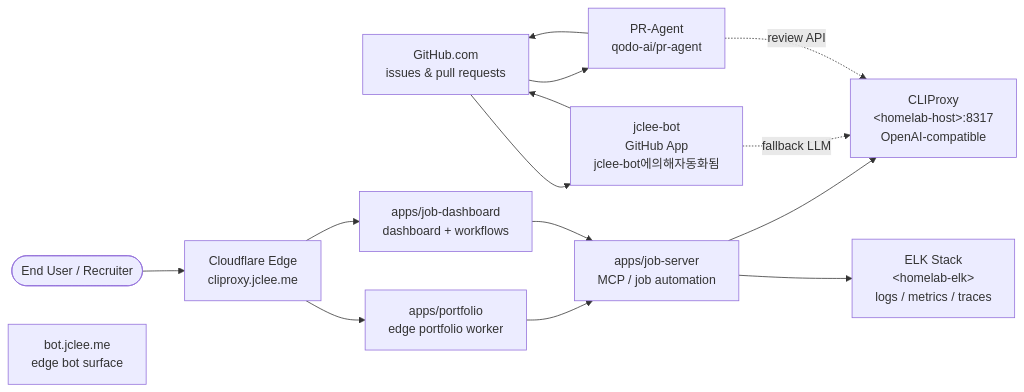
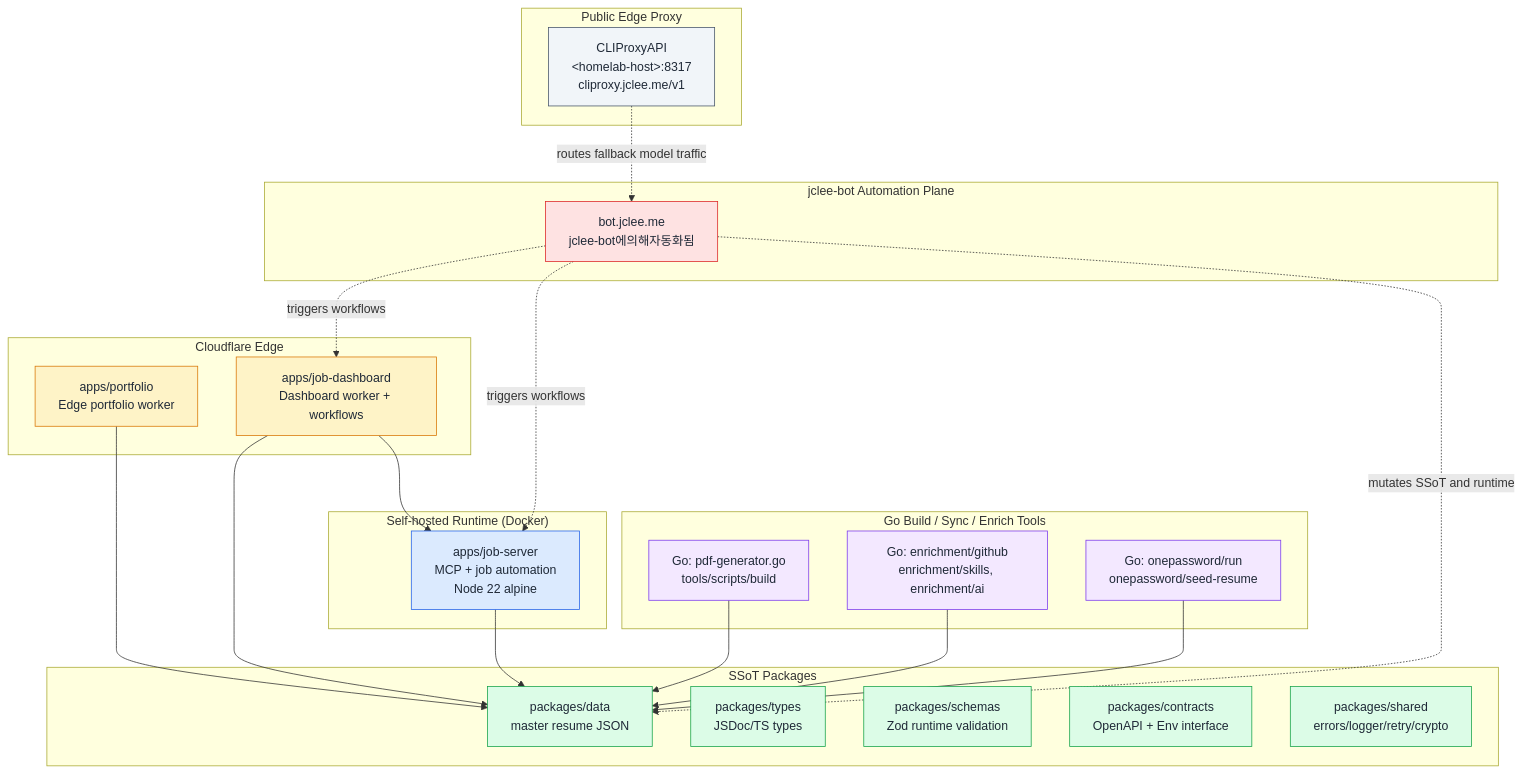
One commit to jclee941/resume changed the first of 2 diagrams in README.md. Above: the diagram before and after it, drawn with Mermaid. The commit also changed other lines of this file, not shown here.

````diff
--- a/README.md
+++ b/README.md
@@ -75,28 +87,58 @@
 ```mermaid
-flowchart LR
-    user(["End User / Recruiter"])
-    gh["GitHub.com<br/>issues &amp; pull requests"]
-    cf["Cloudflare Edge<br/>cliproxy.jclee.me"]
-    bot["bot.jclee.me<br/>edge bot surface"]
-    proxy["CLIProxy<br/>&lt;homelab-host&gt;:8317<br/>OpenAI-compatible"]
-    elk["ELK Stack<br/>&lt;homelab-elk&gt;<br/>logs / metrics / traces"]
-    w1["apps/portfolio<br/>edge portfolio worker"]
-    w2["apps/job-dashboard<br/>dashboard + workflows"]
-    srv["apps/job-server<br/>MCP / job automation"]
-    agt["jclee-bot<br/>GitHub App<br/>jclee-bot에의해자동화됨"]
-    prq["PR-Agent<br/>qodo-ai/pr-agent"]
+flowchart TB
+    classDef edge fill:#fef3c7,stroke:#d97706,color:#1f2937
+    classDef runtime fill:#dbeafe,stroke:#2563eb,color:#1f2937
+    classDef ssot fill:#dcfce7,stroke:#16a34a,color:#1f2937
+    classDef tools fill:#f3e8ff,stroke:#7c3aed,color:#1f2937
+    classDef bot fill:#fee2e2,stroke:#dc2626,color:#1f2937
+    classDef proxy fill:#f1f5f9,stroke:#475569,color:#1f2937
 
-    user --> cf
-    cf --> w1
-    cf --> w2
-    w1 --> srv
-    w2 --> srv
-    srv --> proxy
-    srv --> elk
-    gh --> agt
-    agt --> gh
-    gh --> prq
-    prq --> gh
-    agt -. "fallback LLM" .-> proxy
-    prq -. "review API" .-> proxy
+    subgraph Edge["Cloudflare Edge"]
+        Worker["apps/portfolio<br/>Edge portfolio worker"]
+        Dashboard["apps/job-dashboard<br/>Dashboard worker + workflows"]
+    end
+    class Worker,Dashboard edge
+
+    subgraph Runtime["Self-hosted Runtime (Docker)"]
+        JobServer["apps/job-server<br/>MCP + job automation<br/>Node 22 alpine"]
+    end
+    class JobServer runtime
+
+    subgraph SSOT["SSoT Packages"]
+        DataPkg["packages/data<br/>master resume JSON"]
+        Types["packages/types<br/>JSDoc/TS types"]
+        Schemas["packages/schemas<br/>Zod runtime validation"]
+        Contracts["packages/contracts<br/>OpenAPI + Env interface"]
+        Shared["packages/shared<br/>errors/logger/retry/crypto"]
+    end
+    class DataPkg,Types,Schemas,Contracts,Shared ssot
+
+    subgraph Toolchain["Go Build / Sync / Enrich Tools"]
+        GoSync["Go: pdf-generator.go<br/>tools/scripts/build"]
+        GoEnrich["Go: enrichment/github<br/>enrichment/skills, enrichment/ai"]
+        GoOp["Go: onepassword/run<br/>onepassword/seed-resume"]
+    end
+    class GoSync,GoEnrich,GoOp tools
+
+    subgraph BotPlane["jclee-bot Automation Plane"]
+        BotCore["bot.jclee.me<br/>jclee-bot에의해자동화됨"]
+    end
+    class BotCore bot
+
+    subgraph ProxyPlane["Public Edge Proxy"]
+        CLIProxy["CLIProxyAPI<br/>&lt;homelab-host&gt;:8317<br/>cliproxy.jclee.me/v1"]
+    end
+    class CLIProxy proxy
+
+    Worker --> DataPkg
+    Dashboard --> DataPkg
+    Dashboard --> JobServer
+    JobServer --> DataPkg
+    GoSync --> DataPkg
+    GoEnrich --> DataPkg
+    GoOp --> DataPkg
+    BotCore -. mutates SSoT and runtime .-> DataPkg
+    BotCore -. triggers workflows .-> JobServer
+    BotCore -. triggers workflows .-> Dashboard
+    CLIProxy -. routes fallback model traffic .-> BotCore
 ```
````
